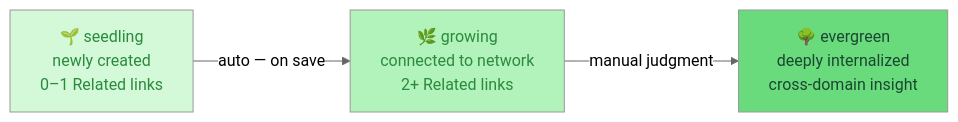
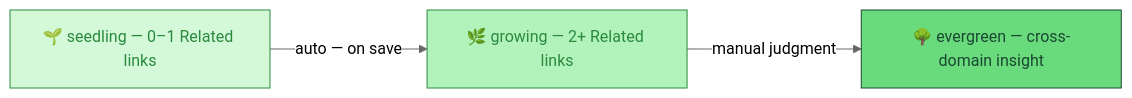
One commit to yepengfan/obsidian-workflow changed the fourth of 4 diagrams in README.md. Above: the diagram before and after it, drawn with Mermaid (neutral theme). The commit also changed other lines of this file and 2 other files, not shown here.

First line of the commit message:
Update README: philosophy section, use-case diagrams, remove deprecated commands (#16)

````diff
--- a/README.md
+++ b/README.md
@@ -151,13 +151,13 @@
 ```mermaid
-graph LR
-    S["🌱 seedling<br/>newly created<br/>0–1 Related links"]
-    G["🌿 growing<br/>connected to network<br/>2+ Related links"]
-    E["🌳 evergreen<br/>deeply internalized<br/>cross-domain insight"]
+flowchart LR
+    classDef seedling fill:#d3f9d8,color:#2b8a3e,stroke:#2b8a3e
+    classDef growing fill:#b2f2bb,color:#2b8a3e,stroke:#2b8a3e
+    classDef evergreen fill:#69db7c,color:#1a4731,stroke:#1a4731
+
+    S["🌱 seedling — 0–1 Related links"]:::seedling
+    G["🌿 growing — 2+ Related links"]:::growing
+    E["🌳 evergreen — cross-domain insight"]:::evergreen
 
     S -->|"auto — on save"| G
     G -->|"manual judgment"| E
-
-    style S fill:#d3f9d8,color:#2b8a3e
-    style G fill:#b2f2bb,color:#2b8a3e
-    style E fill:#69db7c,color:#1a4731
 ```
````
